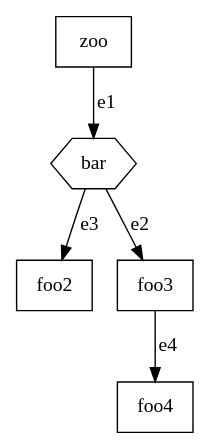
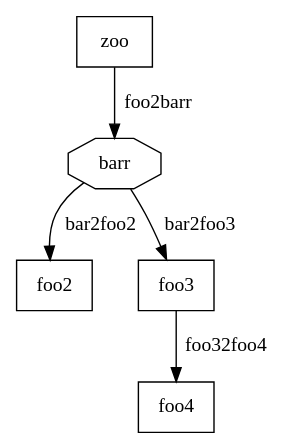
Before and after one commit to wrwei/picto-diff: the diagram in org.eclipse.epsilon.picto.diff/files/foo1.dot, drawn with Graphviz. The commit also changed 16 other files, not shown here.

```diff
--- a/org.eclipse.epsilon.picto.diff/files/foo1.dot
+++ b/org.eclipse.epsilon.picto.diff/files/foo1.dot
@@ -1,11 +1,11 @@
 digraph G {
 	n1 [shape=box, label="zoo"];
-	n2 [shape=polygon, sides=6, label="bar"];
+	n2 [shape=polygon, sides=8, label="barr"];
 	n3 [shape=box, label="foo2"];
 	n4 [shape=box, label="foo3"];
 	n5 [shape=box, label="foo4"];
-	n1 -> n2 [label="e1"];
-	n2 -> n4 [label="e2"];
-	n2 -> n3 [label="e3"];
-	n4 -> n5 [label="e4"];
+	n1 -> n2 ["dir"="forward", name="e1", label="foo2barr"];
+	n2 -> n4 ["dir"="forward", name="e2", label="bar2foo3"];
+	n2 -> n3 ["dir"="forward", name="e3", label="bar2foo2"];
+	n4 -> n5 ["dir"="forward", name="e4", label="foo32foo4"];
 }
```
